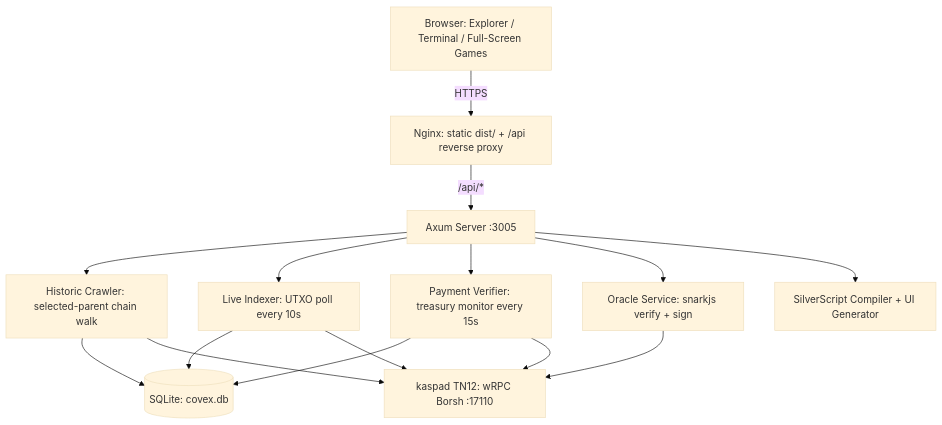
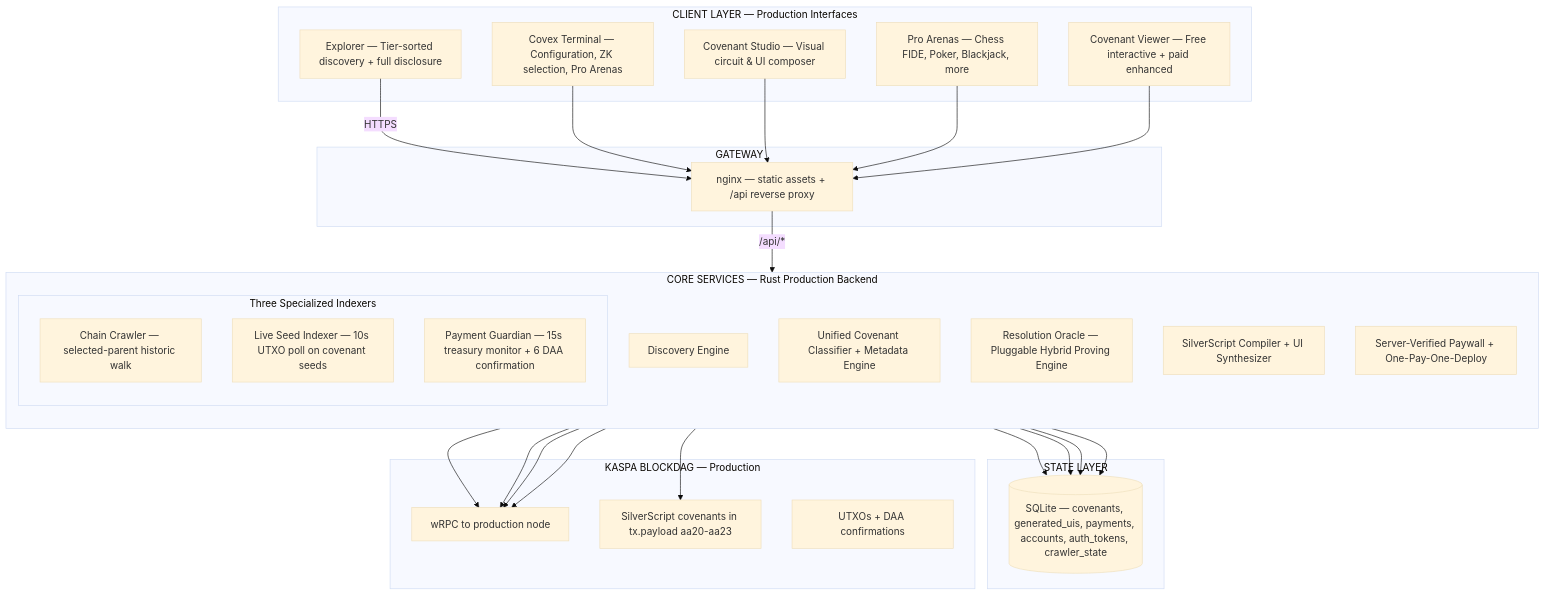
The first of 4 diagrams in README.md (THTProtocol/Covex27), drawn with Mermaid (base theme) before and after one commit. The commit also changed other lines of this file, not shown here.

First line of the commit message:
docs: Complete production architecture README — full A-Z system, all indexers, ZK circuits & hybrid oracle model, visualizations

````diff
--- a/README.md
+++ b/README.md
@@ -54,28 +46,56 @@
 ```mermaid
-flowchart TD
-    B[Browser: Explorer / Terminal / Full-Screen Games]
-    N[Nginx: static dist/ + /api reverse proxy]
-    A[Axum Server :3005]
-    C[Historic Crawler: selected-parent chain walk]
-    I[Live Indexer: UTXO poll every 10s]
-    P[Payment Verifier: treasury monitor every 15s]
-    O[Oracle Service: snarkjs verify + sign]
-    V[SilverScript Compiler + UI Generator]
-    D[(SQLite: covex.db)]
-    K[kaspad TN12: wRPC Borsh :17110]
+flowchart TB
+    subgraph Client["CLIENT LAYER — Production Interfaces"]
+        E[Explorer — Tier-sorted discovery + full disclosure]
+        T[Covex Terminal — Configuration, ZK selection, Pro Arenas]
+        CS[Covenant Studio — Visual circuit & UI composer]
+        A[Pro Arenas — Chess FIDE, Poker, Blackjack, more]
+        V[Covenant Viewer — Free interactive + paid enhanced]
+    end
 
-    B -->|HTTPS| N
-    N -->|/api/*| A
-    A --> C
-    A --> I
-    A --> P
-    A --> O
-    A --> V
-    C --> D
-    I --> D
-    P --> D
-    O --> K
+    subgraph Gateway["GATEWAY"]
+        N[nginx — static assets + /api reverse proxy]
+    end
+
+    subgraph Core["CORE SERVICES — Rust Production Backend"]
+        direction TB
+        DISC[Discovery Engine]
+        subgraph Discovery["Three Specialized Indexers"]
+            C[Chain Crawler — selected-parent historic walk]
+            I[Live Seed Indexer — 10s UTXO poll on covenant seeds]
+            P[Payment Guardian — 15s treasury monitor + 6 DAA confirmation]
+        end
+        CLS[Unified Covenant Classifier + Metadata Engine]
+        ORC[Resolution Oracle — Pluggable Hybrid Proving Engine]
+        CMP[SilverScript Compiler + UI Synthesizer]
+        AUTH[Server-Verified Paywall + One-Pay-One-Deploy]
+    end
+
+    subgraph State["STATE LAYER"]
+        DB[(SQLite — covenants, generated_uis, payments, accounts, auth_tokens, crawler_state)]
+    end
+
+    subgraph Kaspa["KASPA BLOCKDAG — Production"]
+        K[wRPC to production node]
+        S[SilverScript covenants in tx.payload aa20-aa23]
+        U[UTXOs + DAA confirmations]
+    end
+
+    E -->|HTTPS| N
+    T --> N
+    CS --> N
+    A --> N
+    V --> N
+    N -->|/api/*| Core
+
+    DISC --> DB
+    ORC --> DB
+    CMP --> DB
+    AUTH --> DB
+
     C --> K
     I --> K
     P --> K
+    ORC --> K
+    CMP --> S
 ```
````
